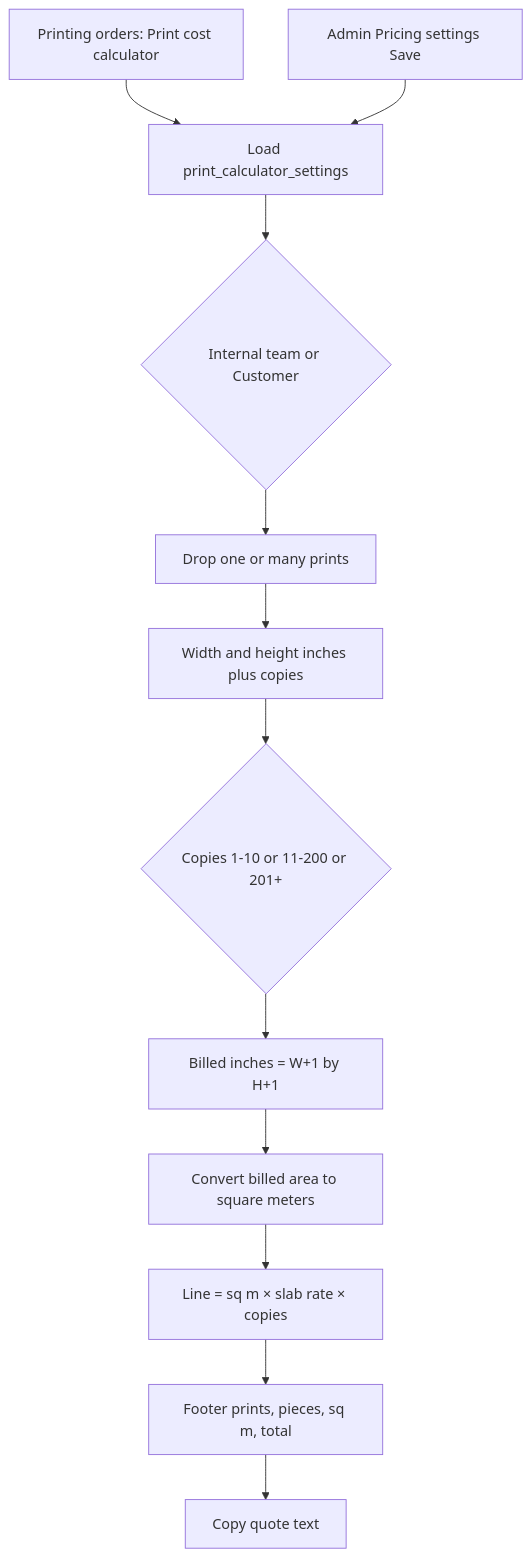
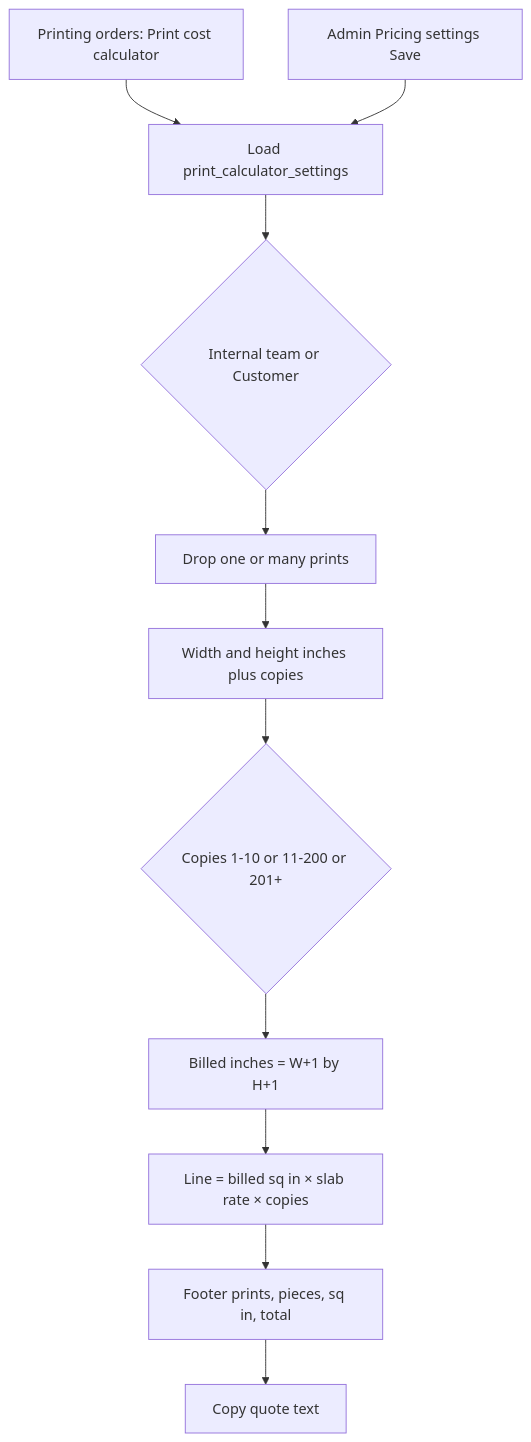
The first of 52 diagrams in docs/FLOWCHARTS.md (Mayur8291/Printing-Tracker), drawn with Mermaid before and after one commit. The commit also changed other lines of this file and 11 other files, not shown here.

First line of the commit message:
fix(print): bill slab rates per square inch

````diff
--- a/docs/FLOWCHARTS.md
+++ b/docs/FLOWCHARTS.md
@@ -5,14 +5,13 @@
 ```mermaid
 flowchart TD
   Open[Printing orders: Print cost calculator] --> Rate[Load print_calculator_settings]
   Rate --> List{Internal team or Customer}
   List --> Upload[Drop one or many prints]
   Upload --> Size[Width and height inches plus copies]
   Size --> Slab{Copies 1-10 or 11-200 or 201+}
   Slab --> Bleed["Billed inches = W+1 by H+1"]
-  Bleed --> Sqm[Convert billed area to square meters]
-  Sqm --> Line["Line = sq m × slab rate × copies"]
-  Line --> Total[Footer prints, pieces, sq m, total]
+  Bleed --> Line["Line = billed sq in × slab rate × copies"]
+  Line --> Total[Footer prints, pieces, sq in, total]
   Total --> Copy[Copy quote text]
   Admin[Admin Pricing settings Save] --> Rate
 ```
````
